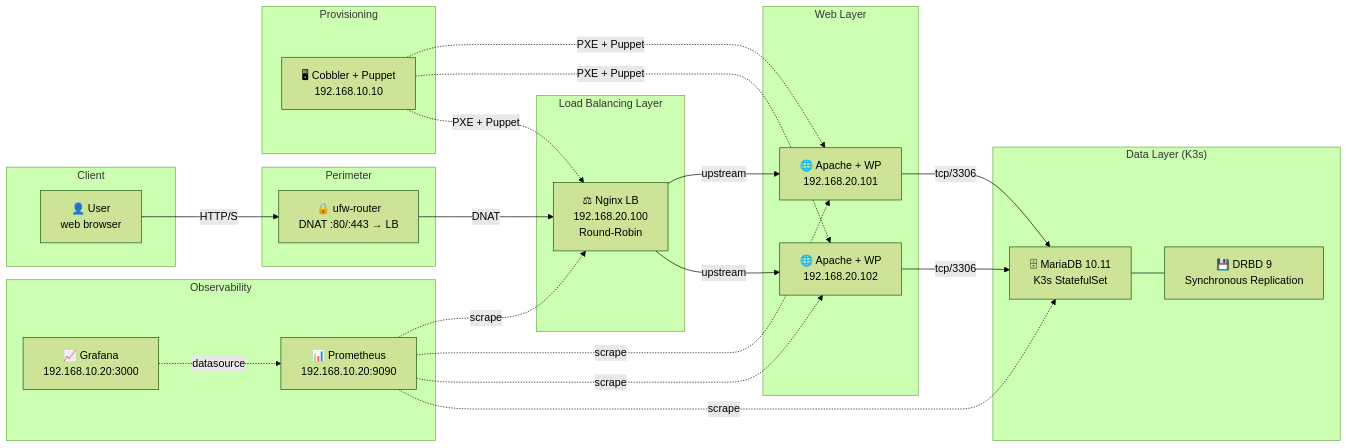
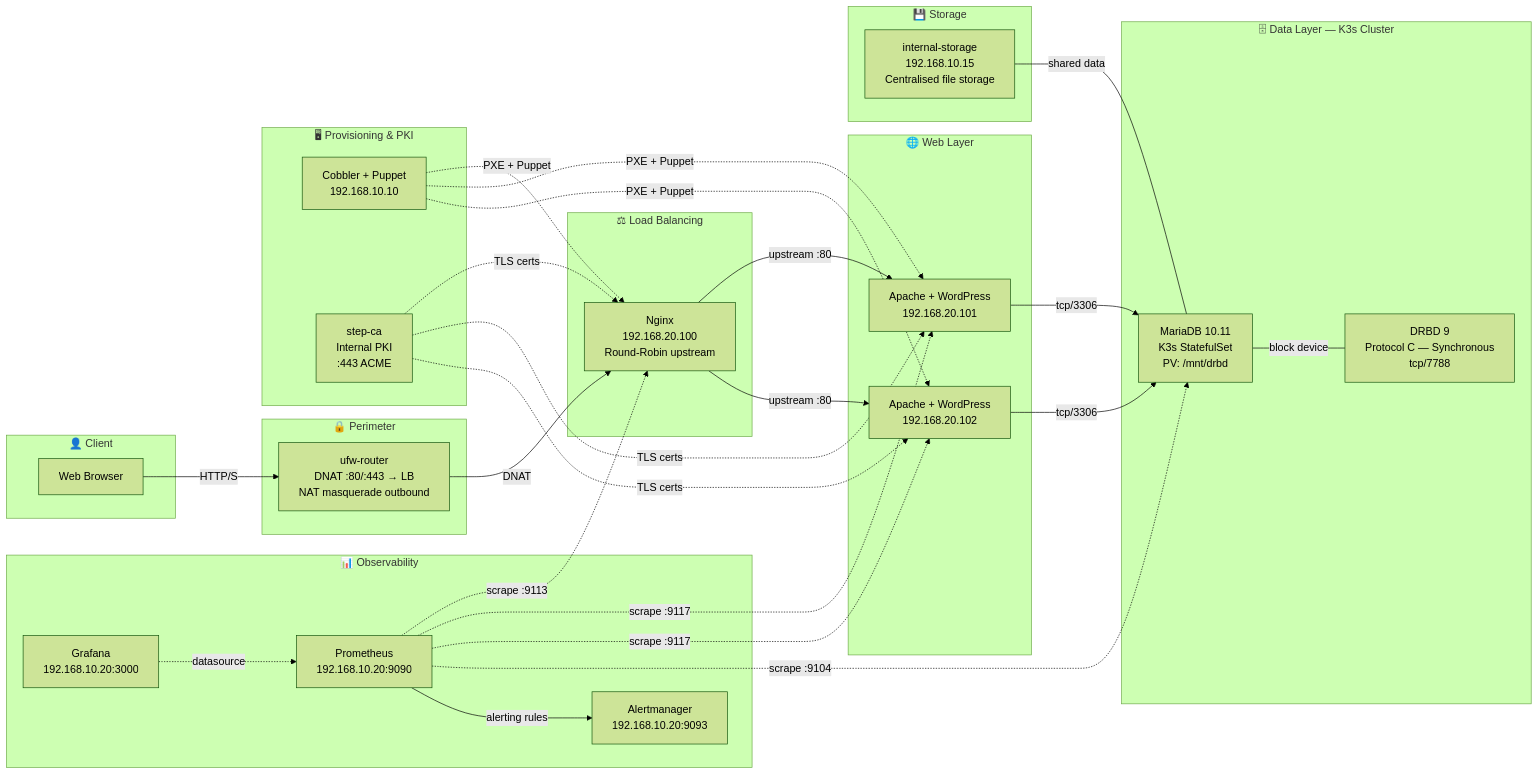
The second of 3 diagrams in docs/NETWORK_DIAGRAM.md (Aitor42/CMS-HA-Infrastructure), drawn with Mermaid (forest theme) before and after one commit. The commit also changed other lines of this file and 1 other file, not shown here.

First line of the commit message:
docs: improve Mermaid diagrams for clarity and completeness

````diff
--- a/docs/NETWORK_DIAGRAM.md
+++ b/docs/NETWORK_DIAGRAM.md
@@ -98,51 +124,67 @@
 ```mermaid
 graph LR
-    subgraph CLIENT["Client"]
-        USER["👤 User<br/>web browser"]
+    subgraph CLIENT["👤 Client"]
+        USER["Web Browser"]
     end
 
-    subgraph PERIMETER["Perimeter"]
-        ROUTER["🔒 ufw-router<br/>DNAT :80/:443 → LB"]
+    subgraph PERIMETER["🔒 Perimeter"]
+        ROUTER["ufw-router<br/>DNAT :80/:443 → LB<br/>NAT masquerade outbound"]
     end
 
-    subgraph LB_LAYER["Load Balancing Layer"]
-        NGINX["⚖ Nginx LB<br/>192.168.20.100<br/>Round-Robin"]
+    subgraph LB_LAYER["⚖ Load Balancing"]
+        NGINX["Nginx<br/>192.168.20.100<br/>Round-Robin upstream"]
     end
 
-    subgraph WEB_LAYER["Web Layer"]
-        APACHE1["🌐 Apache + WP<br/>192.168.20.101"]
-        APACHE2["🌐 Apache + WP<br/>192.168.20.102"]
+    subgraph WEB_LAYER["🌐 Web Layer"]
+        APACHE1["Apache + WordPress<br/>192.168.20.101"]
+        APACHE2["Apache + WordPress<br/>192.168.20.102"]
     end
 
-    subgraph DB_LAYER["Data Layer (K3s)"]
-        MARIA["🗄 MariaDB 10.11<br/>K3s StatefulSet"]
-        DRBD["💾 DRBD 9<br/>Synchronous Replication"]
+    subgraph DB_LAYER["🗄 Data Layer — K3s Cluster"]
+        MARIA["MariaDB 10.11<br/>K3s StatefulSet<br/>PV: /mnt/drbd"]
+        DRBD["DRBD 9<br/>Protocol C — Synchronous<br/>tcp/7788"]
     end
 
-    subgraph MONITOR["Observability"]
-        PROM["📊 Prometheus<br/>192.168.10.20:9090"]
-        GRAF["📈 Grafana<br/>192.168.10.20:3000"]
+    subgraph STORAGE_LAYER["💾 Storage"]
+        STORE["internal-storage<br/>192.168.10.15<br/>Centralised file storage"]
     end
 
-    subgraph PROVISION["Provisioning"]
-        COBBLER["🖥 Cobbler + Puppet<br/>192.168.10.10"]
+    subgraph MONITOR["📊 Observability"]
+        PROM["Prometheus<br/>192.168.10.20:9090"]
+        ALERT["Alertmanager<br/>192.168.10.20:9093"]
+        GRAF["Grafana<br/>192.168.10.20:3000"]
     end
 
+    subgraph PROVISION["🖥 Provisioning & PKI"]
+        COBBLER["Cobbler + Puppet<br/>192.168.10.10"]
+        STEPCA["step-ca<br/>Internal PKI<br/>:443 ACME"]
+    end
+
+    %% --- Request path ---
     USER -->|"HTTP/S"| ROUTER
     ROUTER -->|"DNAT"| NGINX
-    NGINX -->|"upstream"| APACHE1
-    NGINX -->|"upstream"| APACHE2
+    NGINX -->|"upstream :80"| APACHE1
+    NGINX -->|"upstream :80"| APACHE2
     APACHE1 -->|"tcp/3306"| MARIA
     APACHE2 -->|"tcp/3306"| MARIA
-    MARIA --- DRBD
+    MARIA ---|"block device"| DRBD
 
-    PROM -.->|"scrape"| NGINX
-    PROM -.->|"scrape"| APACHE1
-    PROM -.->|"scrape"| APACHE2
-    PROM -.->|"scrape"| MARIA
+    %% --- Storage ---
+    STORE ---|"shared data"| MARIA
+
+    %% --- Monitoring ---
+    PROM -.->|"scrape :9113"| NGINX
+    PROM -.->|"scrape :9117"| APACHE1
+    PROM -.->|"scrape :9117"| APACHE2
+    PROM -.->|"scrape :9104"| MARIA
+    PROM -->|"alerting rules"| ALERT
     GRAF -.->|"datasource"| PROM
 
+    %% --- Provisioning ---
+    COBBLER -.->|"PXE + Puppet"| NGINX
     COBBLER -.->|"PXE + Puppet"| APACHE1
     COBBLER -.->|"PXE + Puppet"| APACHE2
-    COBBLER -.->|"PXE + Puppet"| NGINX
+    STEPCA -.->|"TLS certs"| NGINX
+    STEPCA -.->|"TLS certs"| APACHE1
+    STEPCA -.->|"TLS certs"| APACHE2
 ```
````
